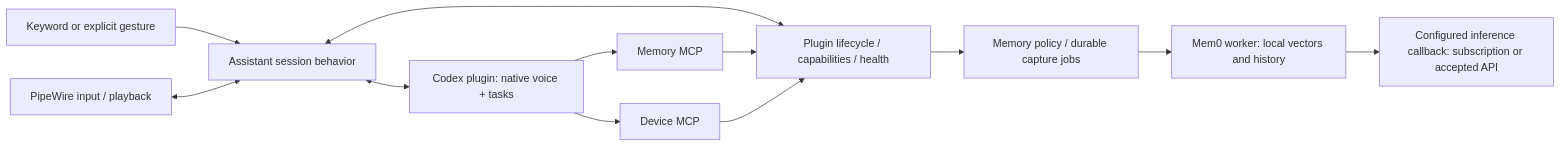
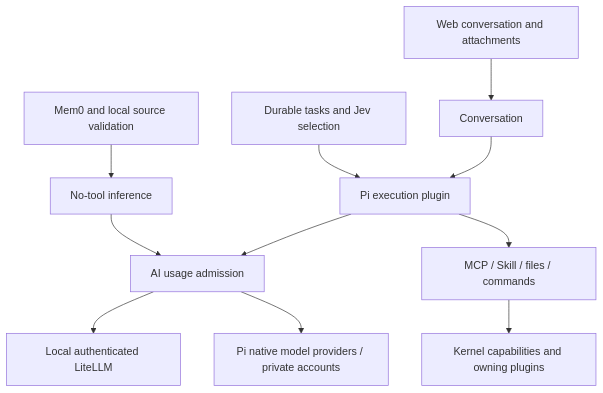
Before and after one commit to macaulishchina/PersonalAgent: the diagram in ARCHITECTURE.md, drawn with Mermaid. The commit also changed other lines of this file and 188 other files, not shown here.

First line of the commit message:
refactor: adopt Pi execution with native model accounts and usage budgets

````diff
--- a/ARCHITECTURE.md
+++ b/ARCHITECTURE.md
@@ -7,14 +7,13 @@
 ```mermaid
-flowchart LR
-  Trigger[Keyword or explicit gesture] --> Assistant[Assistant session behavior]
-  Audio[PipeWire input / playback] <--> Assistant
-  Assistant <--> Brain[Codex plugin: native voice + tasks]
-  Assistant <--> Kernel[Plugin lifecycle / capabilities / health]
-  Brain --> MemoryMCP[Memory MCP]
-  Brain --> DeviceMCP[Device MCP]
-  MemoryMCP --> Kernel
-  DeviceMCP --> Kernel
-  Kernel --> Memory[Memory policy / durable capture jobs]
-  Memory --> BM[Mem0 worker: local vectors and history]
-  BM --> Curator[Configured inference callback: subscription or accepted API]
+flowchart TD
+    Web[Web conversation and attachments] --> Conversation
+    Conversation --> Pi[Pi execution plugin]
+    Tasks[Durable tasks and Jev selection] --> Pi
+    Pi --> Usage[AI usage admission]
+    Usage --> Gateway[Local authenticated LiteLLM]
+    Usage --> Accounts[Pi native model providers / private accounts]
+    Pi --> Tools[MCP / Skill / files / commands]
+    Models[No-tool inference] --> Usage
+    Memory[Mem0 and local source validation] --> Models
+    Tools --> Capabilities[Kernel capabilities and owning plugins]
 ```
````
